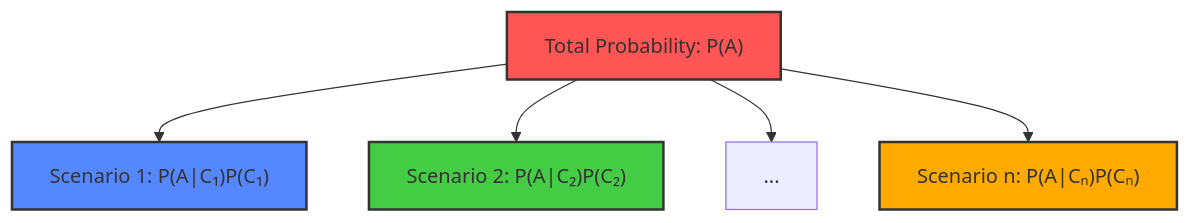
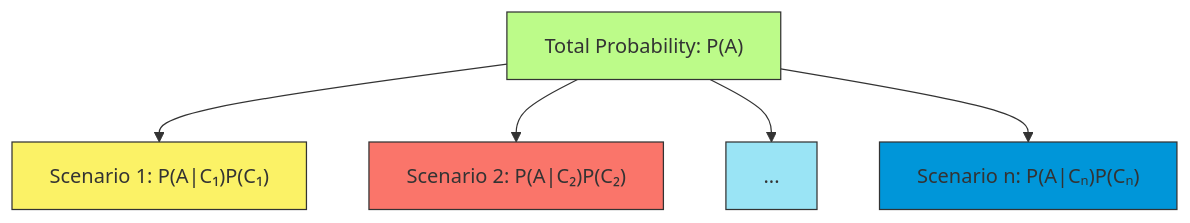
Before and after one commit to Chaklader/part-of-speech-tagging: the sixth of 23 diagrams in C_2.md, drawn with Mermaid. The commit also changed other lines of this file, not shown here.

````diff
--- a/C_2.md
+++ b/C_2.md
@@ -395,11 +407,13 @@
 ```mermaid
 flowchart TD
     A["Total Probability: P(A)"] --> B["Scenario 1: P(A|C₁)P(C₁)"]
     A --> C["Scenario 2: P(A|C₂)P(C₂)"]
     A --> D["..."]
     A --> E["Scenario n: P(A|Cₙ)P(Cₙ)"]
-    style A fill:#ff5555,stroke:#333,stroke-width:2px
-    style B fill:#5588ff,stroke:#333,stroke-width:2px
-    style C fill:#44cc44,stroke:#333,stroke-width:2px
-    style E fill:#ffaa00,stroke:#333,stroke-width:2px
+style A fill:#BCFB89,stroke:#333,stroke-width:1px
+  style B fill:#FBF266,stroke:#333,stroke-width:1px
+  style C fill:#FA756A,stroke:#333,stroke-width:1px
+  style D fill:#9AE4F5,stroke:#333,stroke-width:1px
+  style E fill:#0096D9,stroke:#333,stroke-width:1px
+
 ```
````
